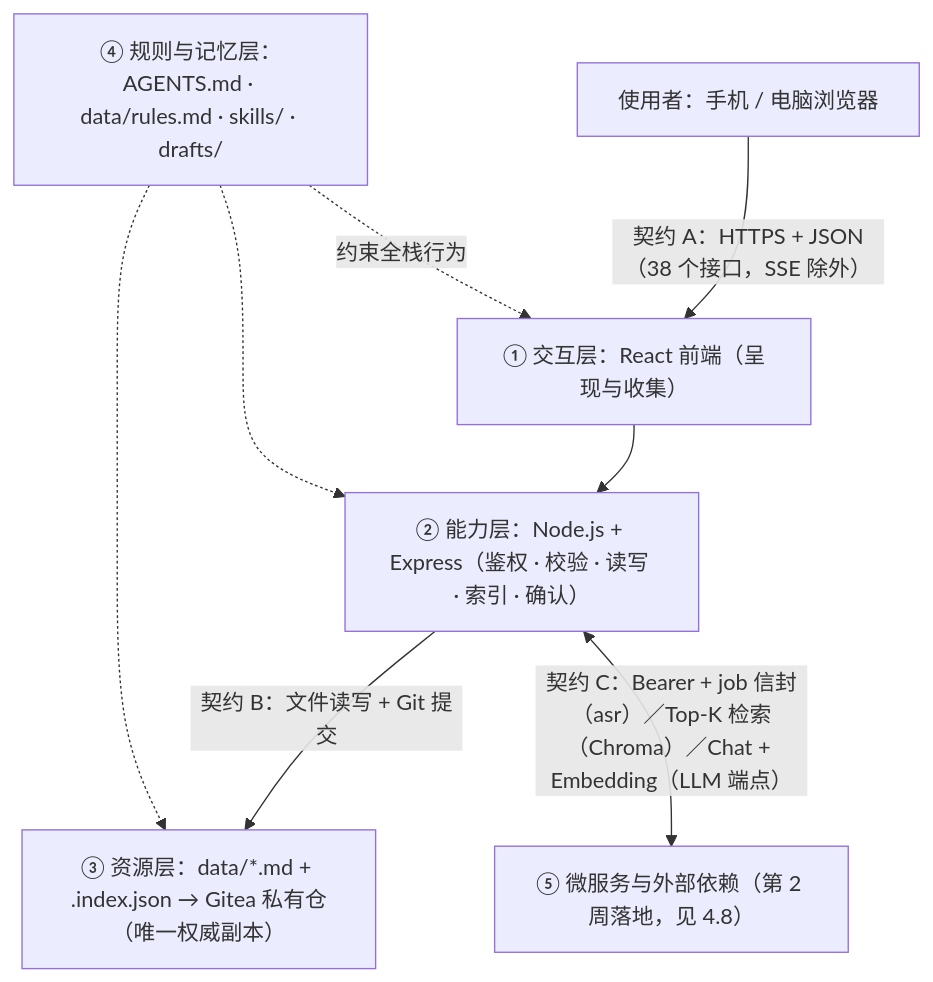
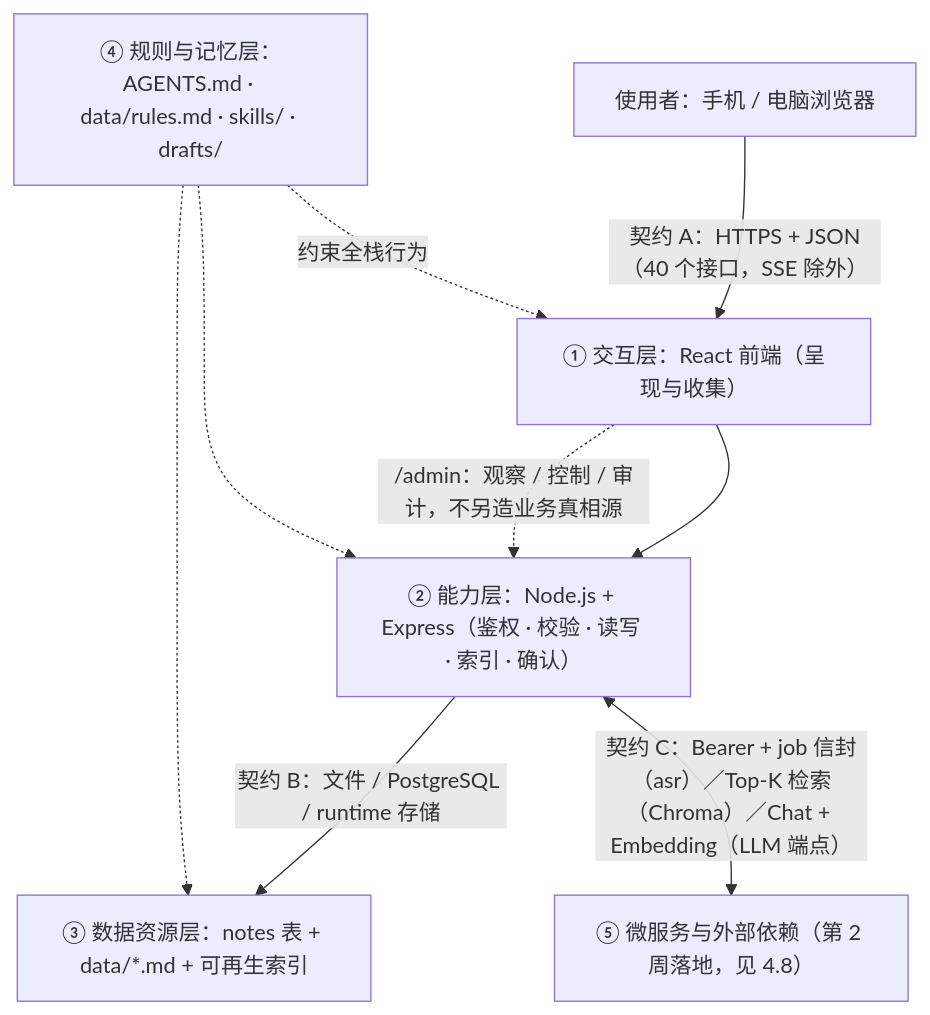
The ninth of 9 diagrams in TECH_DESIGN.md (XingHo-VibeCoding/vbcd), drawn with Mermaid before and after one commit. The commit also changed other lines of this file and 12 other files, not shown here.

First line of the commit message:
Day 25｜后台图片资产只读页 + 信息流规划文档对齐（接口计数 38→40）

````diff
--- a/TECH_DESIGN.md
+++ b/TECH_DESIGN.md
@@ -211,10 +243,11 @@
 ```mermaid
 flowchart TB
-    U["使用者：手机 / 电脑浏览器"] -->|"契约 A：HTTPS + JSON（38 个接口，SSE 除外）"| A["① 交互层：React 前端（呈现与收集）"]
+    U["使用者：手机 / 电脑浏览器"] -->|"契约 A：HTTPS + JSON（40 个接口，SSE 除外）"| A["① 交互层：React 前端（呈现与收集）"]
     A --> B["② 能力层：Node.js + Express（鉴权 · 校验 · 读写 · 索引 · 确认）"]
-    B -->|"契约 B：文件读写 + Git 提交"| C["③ 资源层：data/*.md + .index.json → Gitea 私有仓（唯一权威副本）"]
+    B -->|"契约 B：文件 / PostgreSQL / runtime 存储"| C["③ 数据资源层：notes 表 + data/*.md + 可再生索引"]
+    A -.->|"/admin：观察 / 控制 / 审计，不另造业务真相源"| B
     B <-->|"契约 C：Bearer + job 信封（asr）／Top-K 检索（Chroma）／Chat + Embedding（LLM 端点）"| E["⑤ 微服务与外部依赖（第 2 周落地，见 4.8）"]
     D["④ 规则与记忆层：AGENTS.md · data/rules.md · skills/ · drafts/"] -.->|"约束全栈行为"| A
     D -.-> B
     D -.-> C
 ```
````
